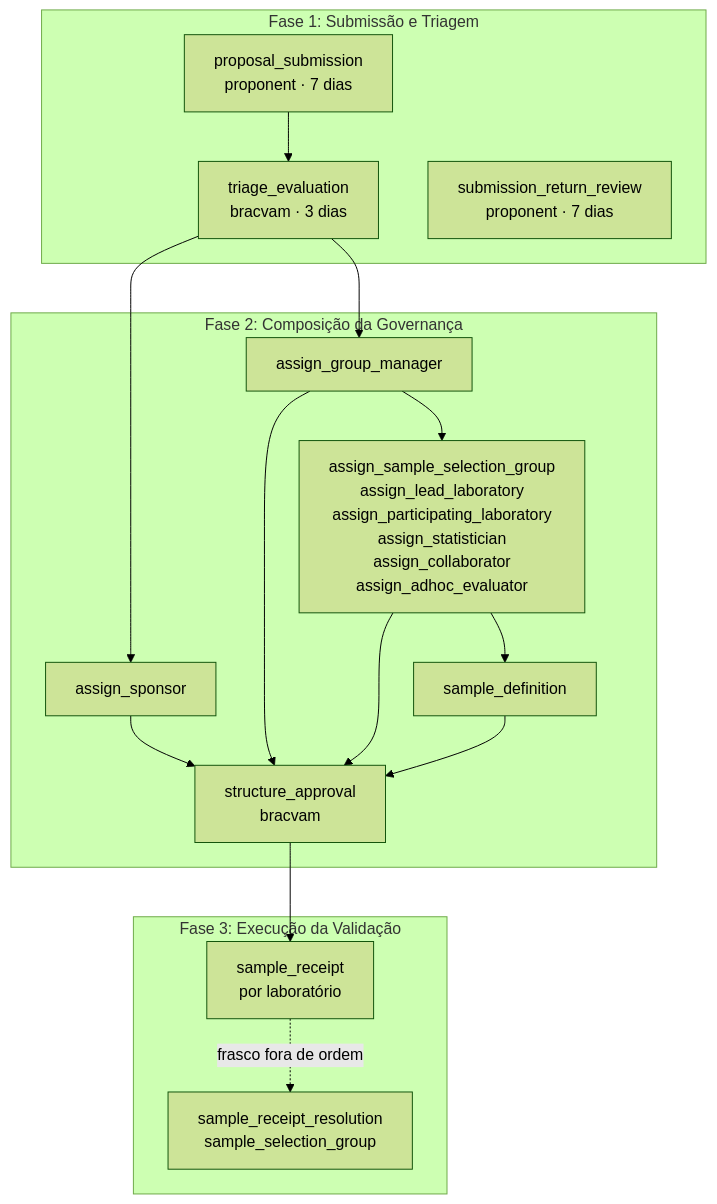
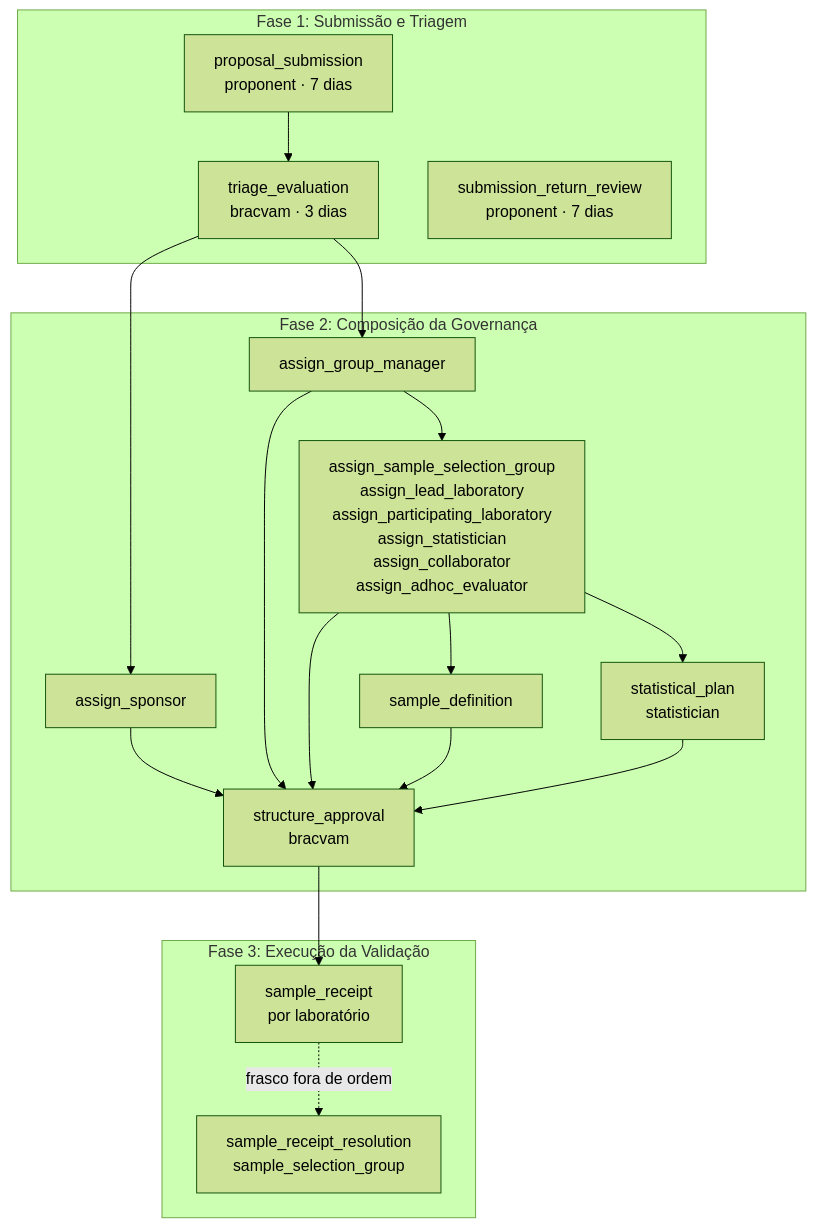
The diagram in manual/referencia/templates.md (pivma-bracvam/pivma-back), drawn with Mermaid (forest theme) before and after one commit. The commit also changed other lines of this file and 46 other files, not shown here.

````diff
--- a/manual/referencia/templates.md
+++ b/manual/referencia/templates.md
@@ -22,21 +23,22 @@
 ```mermaid
 flowchart TD
     subgraph F1[Fase 1: Submissão e Triagem]
         PS[proposal_submission<br/>proponent · 7 dias] --> TE[triage_evaluation<br/>bracvam · 3 dias]
         RR[submission_return_review<br/>proponent · 7 dias]
     end
     subgraph F2[Fase 2: Composição da Governança]
         AS[assign_sponsor]
         AG[assign_group_manager] --> AX[assign_sample_selection_group<br/>assign_lead_laboratory<br/>assign_participating_laboratory<br/>assign_statistician<br/>assign_collaborator<br/>assign_adhoc_evaluator]
         AX --> SD[sample_definition]
-        AS & AG & AX & SD --> SA[structure_approval<br/>bracvam]
+        AX --> SP[statistical_plan<br/>statistician]
+        AS & AG & AX & SD & SP --> SA[structure_approval<br/>bracvam]
     end
     subgraph F3[Fase 3: Execução da Validação]
         SR[sample_receipt<br/>por laboratório]
         RS[sample_receipt_resolution<br/>sample_selection_group]
     end
     TE --> AS
     TE --> AG
     SA --> SR
     SR -.->|frasco fora de ordem| RS
 ```
````
